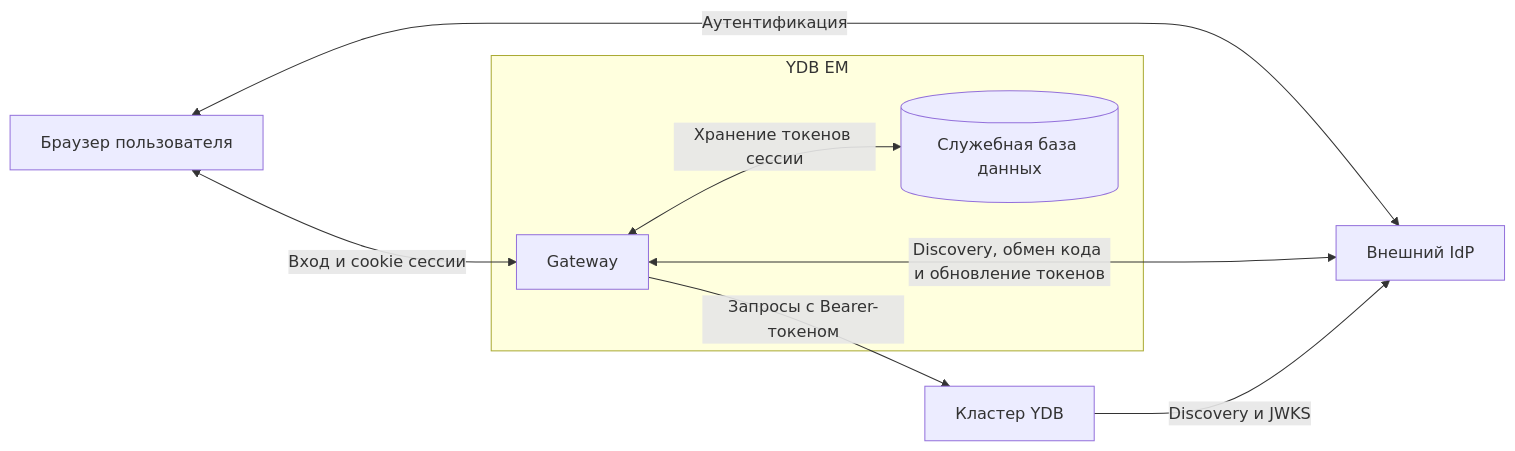
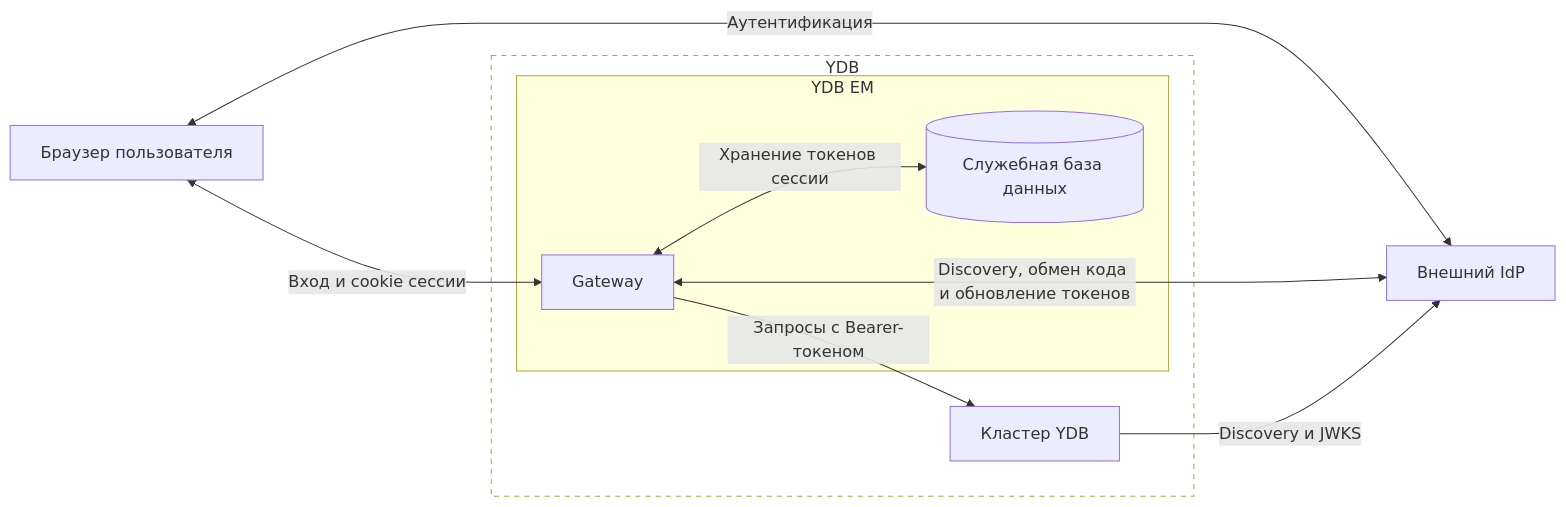
One commit to ydb-platform/ydb changed the diagram in ydb/docs/ru/core/devops/enterprise-manager/sso.md. Above: the diagram before and after it, drawn with Mermaid.

Commit message:
Add block for YDB

````diff
--- a/ydb/docs/ru/core/devops/enterprise-manager/sso.md
+++ b/ydb/docs/ru/core/devops/enterprise-manager/sso.md
@@ -11,18 +11,21 @@
 ```mermaid
 flowchart LR
     Browser[Браузер пользователя]
     IdP[Внешний IdP]
-    Cluster[Кластер YDB]
+    subgraph YDB [YDB]
+        subgraph YDBEM [YDB EM]
+            Gateway[Gateway]
+            Sessions[(Служебная база данных)]
+            Gateway <-->|"Хранение токенов сессии"| Sessions
+        end
+        Cluster[Кластер YDB]
+    end
 
-    subgraph YDBEM [YDB EM]
-        Gateway[Gateway]
-        Sessions[(Служебная база данных)]
-        Gateway <-->|"Хранение токенов сессии"| Sessions
-    end
+    style YDB fill:transparent,stroke-dasharray:5 5
 
     Browser <-->|"Вход и cookie сессии"| Gateway
     Browser <-->|"Аутентификация"| IdP
     Gateway <-->|"Discovery, обмен кода и обновление токенов"| IdP
     Gateway -->|"Запросы с Bearer-токеном"| Cluster
     Cluster -->|"Discovery и JWKS"| IdP
 ```
````
